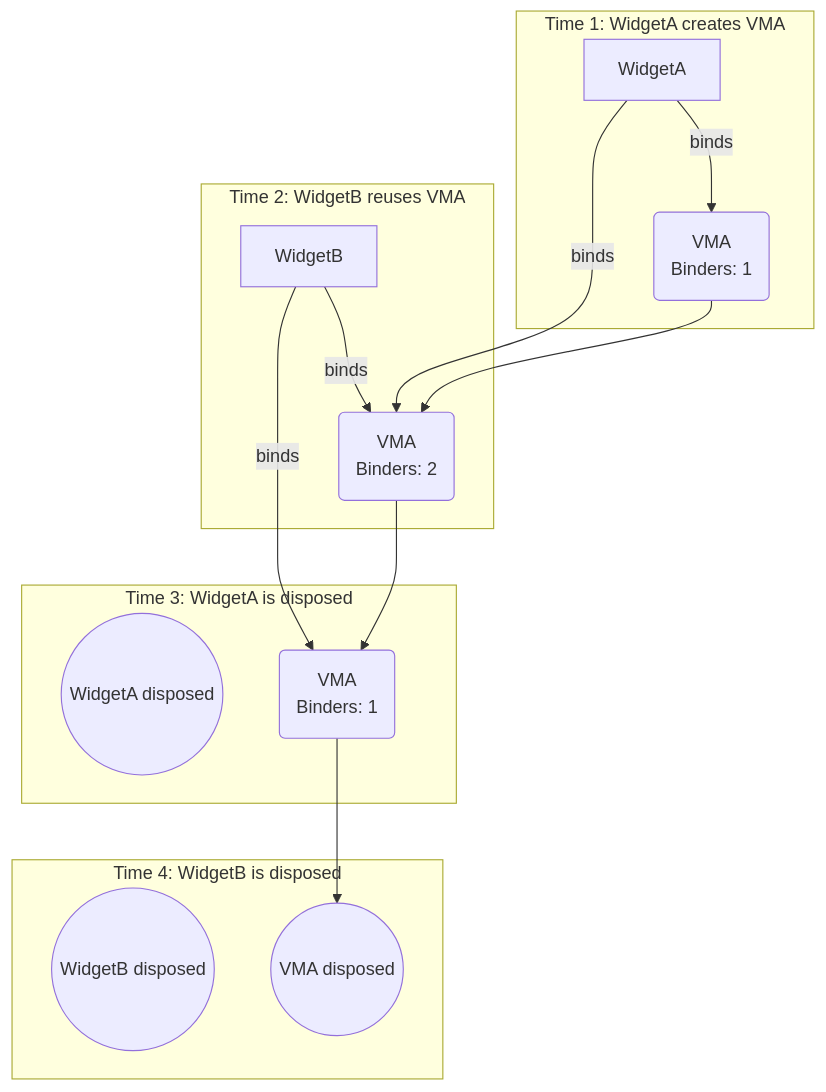
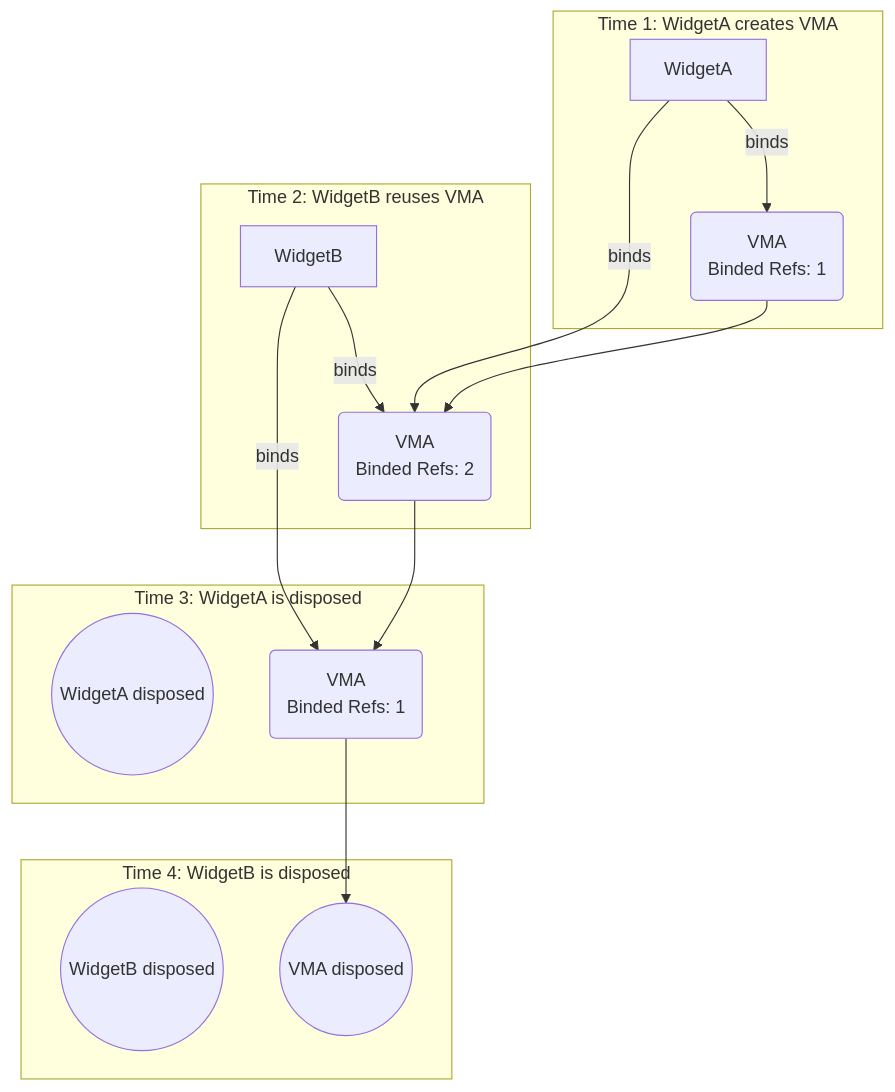
Before and after one commit to lwj1994/flutter_view_model: the first of 2 diagrams in packages/view_model/README.md, drawn with Mermaid. The commit also changed other lines of this file and 47 other files, not shown here.

````diff
--- a/packages/view_model/README.md
+++ b/packages/view_model/README.md
@@ -471,23 +451,23 @@
 ```mermaid
 graph TD
     subgraph "Time 1: WidgetA creates VMA"
-        A[WidgetA] -- binds --> VMA1(VMA<br/>Binders: 1)
+        A[WidgetA] -- binds --> VMA1(VMA<br/>Binded Refs: 1)
     end
 
     subgraph "Time 2: WidgetB reuses VMA"
-        A -- binds --> VMA2(VMA<br/>Binders: 2)
+        A -- binds --> VMA2(VMA<br/>Binded Refs: 2)
         B[WidgetB] -- binds --> VMA2
     end
 
     subgraph "Time 3: WidgetA is disposed"
         A_gone((WidgetA disposed))
-        B -- binds --> VMA3(VMA<br/>Binders: 1)
+        B -- binds --> VMA3(VMA<br/>Binded Refs: 1)
     end
 
     subgraph "Time 4: WidgetB is disposed"
         B_gone((WidgetB disposed))
         VMA_gone((VMA disposed))
     end
 
     VMA1 --> VMA2 --> VMA3 --> VMA_gone
 ```
````
